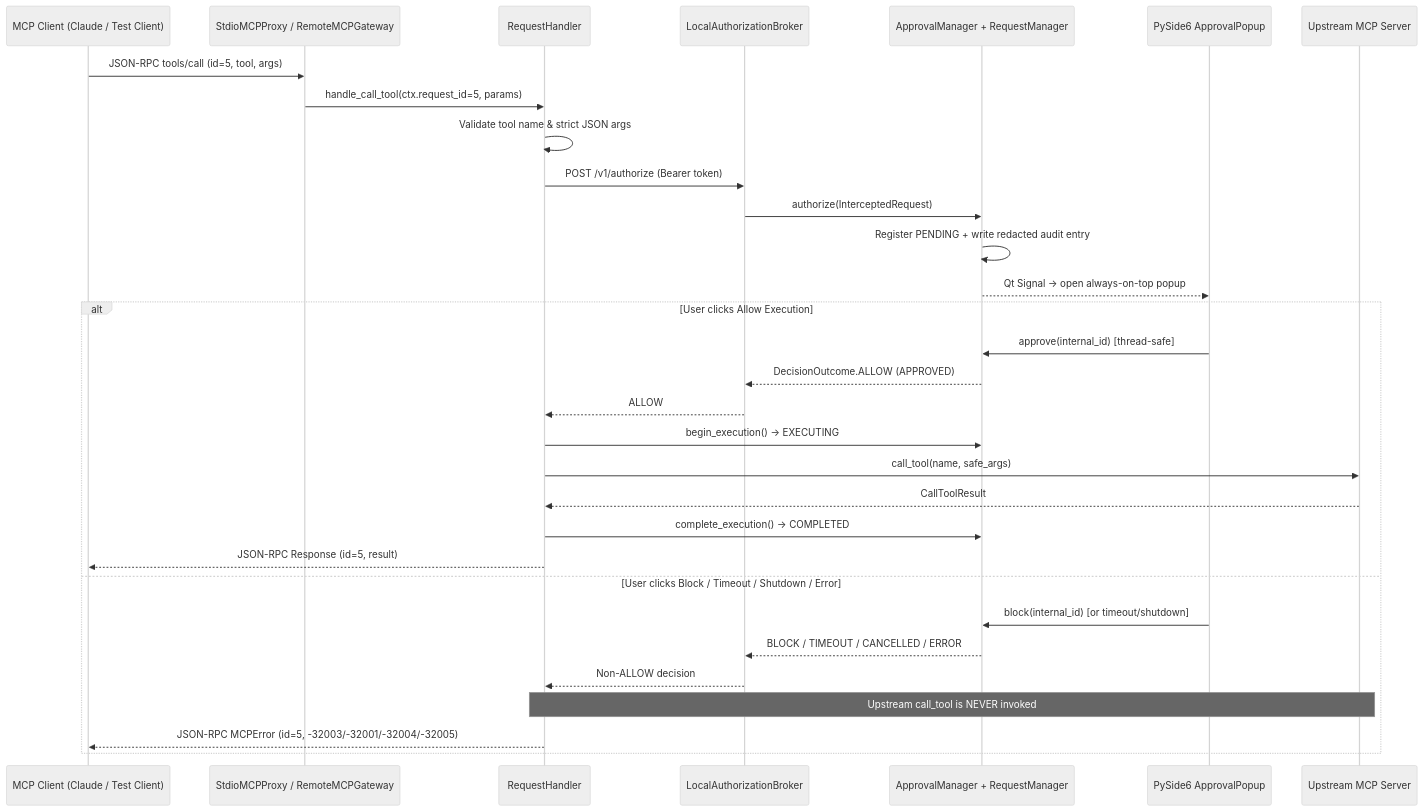
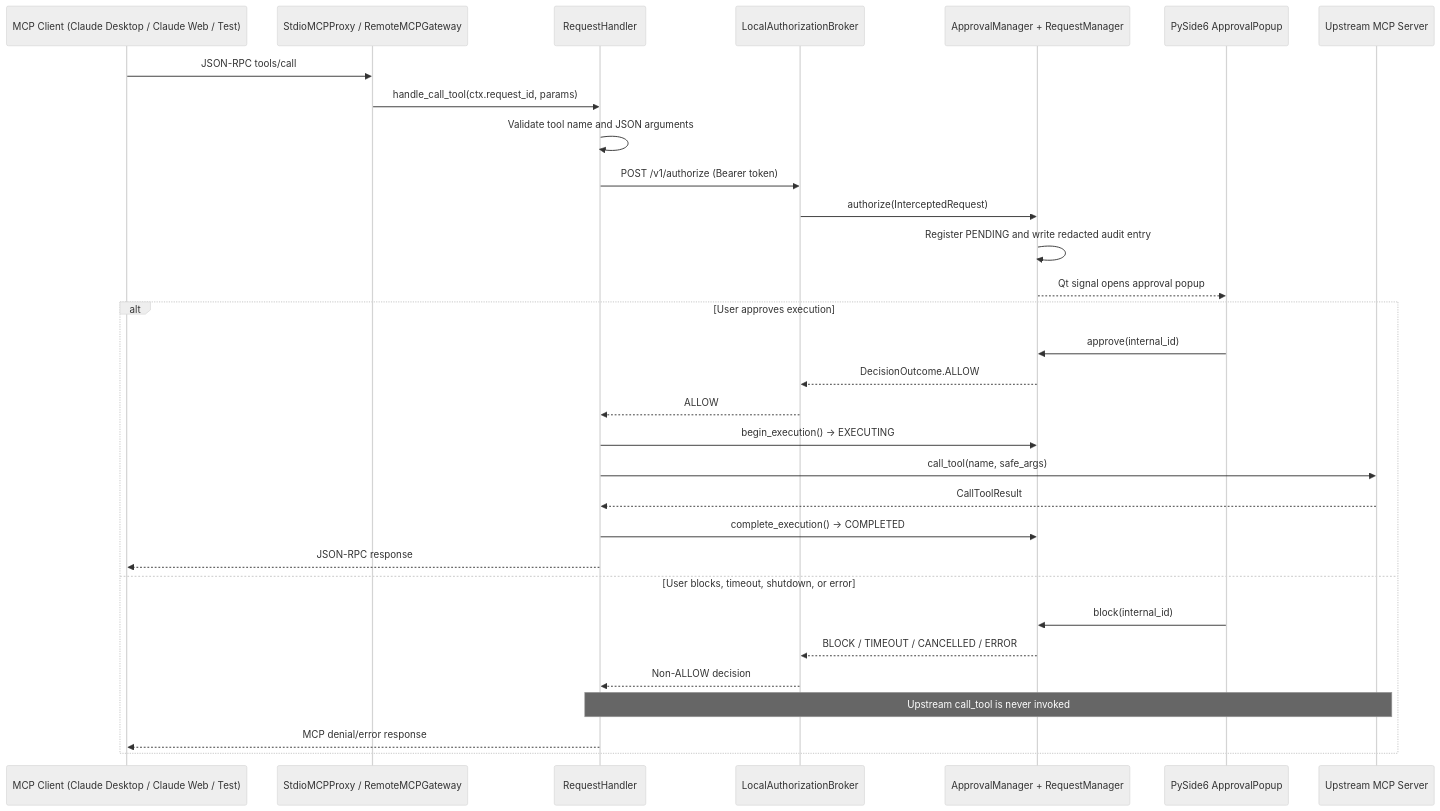
Before and after one commit to panuganti0211/walled-ai-mcp-guard: the third of 3 diagrams in docs/ARCHITECTURE.md, drawn with Mermaid (neutral theme). The commit also changed other lines of this file and 6 other files, not shown here.

Commit message:
docs: add verified Claude Web integration evidence

````diff
--- a/docs/ARCHITECTURE.md
+++ b/docs/ARCHITECTURE.md
@@ -138,35 +190,35 @@
 ```mermaid
 sequenceDiagram
-    participant Client as MCP Client (Claude / Test Client)
+    participant Client as MCP Client (Claude Desktop / Claude Web / Test)
     participant Proxy as StdioMCPProxy / RemoteMCPGateway
     participant Handler as RequestHandler
     participant Broker as LocalAuthorizationBroker
     participant AM as ApprovalManager + RequestManager
     participant Popup as PySide6 ApprovalPopup
     participant Upstream as Upstream MCP Server
 
-    Client->>Proxy: JSON-RPC tools/call (id=5, tool, args)
-    Proxy->>Handler: handle_call_tool(ctx.request_id=5, params)
-    Handler->>Handler: Validate tool name & strict JSON args
+    Client->>Proxy: JSON-RPC tools/call
+    Proxy->>Handler: handle_call_tool(ctx.request_id, params)
+    Handler->>Handler: Validate tool name and JSON arguments
     Handler->>Broker: POST /v1/authorize (Bearer token)
     Broker->>AM: authorize(InterceptedRequest)
-    AM->>AM: Register PENDING + write redacted audit entry
-    AM-->>Popup: Qt Signal -> open always-on-top popup
+    AM->>AM: Register PENDING and write redacted audit entry
+    AM-->>Popup: Qt signal opens approval popup
 
-    alt User clicks Allow Execution
-        Popup->>AM: approve(internal_id) [thread-safe]
-        AM-->>Broker: DecisionOutcome.ALLOW (APPROVED)
+    alt User approves execution
+        Popup->>AM: approve(internal_id)
+        AM-->>Broker: DecisionOutcome.ALLOW
         Broker-->>Handler: ALLOW
         Handler->>AM: begin_execution() -> EXECUTING
         Handler->>Upstream: call_tool(name, safe_args)
         Upstream-->>Handler: CallToolResult
         Handler->>AM: complete_execution() -> COMPLETED
-        Handler-->>Client: JSON-RPC Response (id=5, result)
-    else User clicks Block / Timeout / Shutdown / Error
-        Popup->>AM: block(internal_id) [or timeout/shutdown]
+        Handler-->>Client: JSON-RPC response
+    else User blocks, timeout, shutdown, or error
+        Popup->>AM: block(internal_id)
         AM-->>Broker: BLOCK / TIMEOUT / CANCELLED / ERROR
         Broker-->>Handler: Non-ALLOW decision
-        Note over Handler,Upstream: Upstream call_tool is NEVER invoked
-        Handler-->>Client: JSON-RPC MCPError (id=5, -32003/-32001/-32004/-32005)
+        Note over Handler,Upstream: Upstream call_tool is never invoked
+        Handler-->>Client: MCP denial/error response
     end
 ```
````
